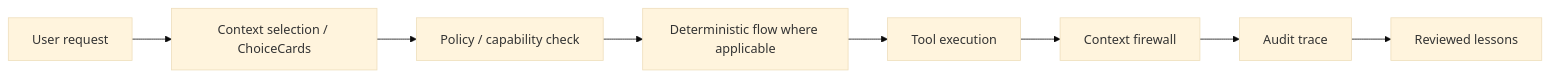
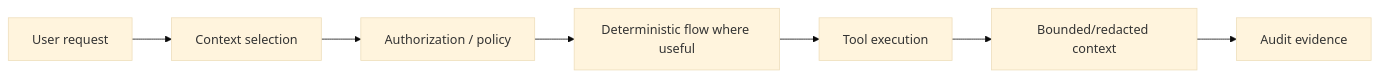
One commit to dgenio/mcp-agent-security-dojo changed the diagram in README.md. Above: the diagram before and after it, drawn with Mermaid (base theme). The commit also changed other lines of this file, not shown here.

````diff
--- a/README.md
+++ b/README.md
@@ -56,10 +96,9 @@
 ```mermaid
 flowchart LR
-    A[User request] --> B[Context selection / ChoiceCards]
-    B --> C[Policy / capability check]
-    C --> D[Deterministic flow where applicable]
+    A[User request] --> B[Context selection]
+    B --> C[Authorization / policy]
+    C --> D[Deterministic flow where useful]
     D --> E[Tool execution]
-    E --> F[Context firewall]
-    F --> G[Audit trace]
-    G --> H[Reviewed lessons]
+    E --> F[Bounded/redacted context]
+    F --> G[Audit evidence]
 ```
````
